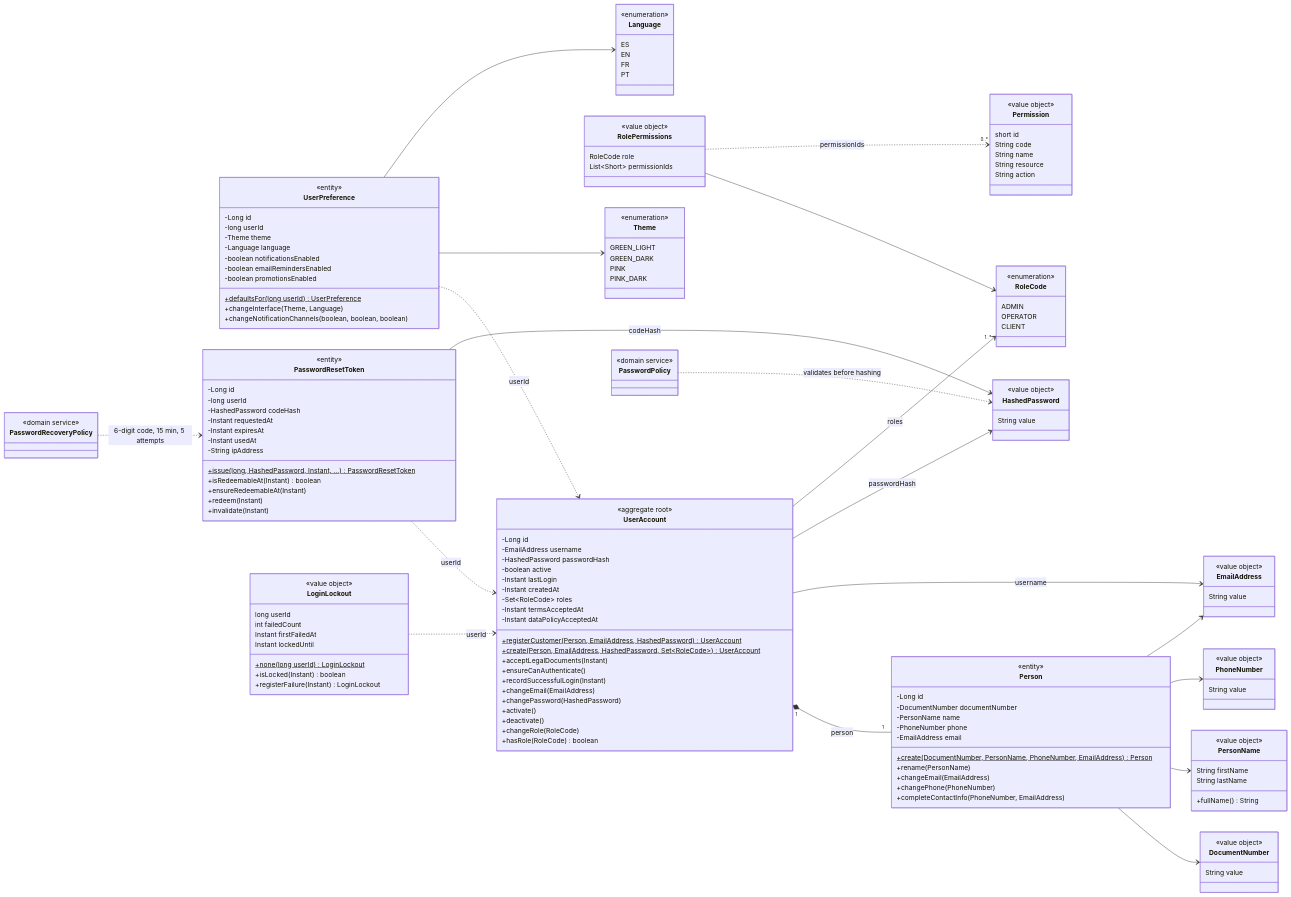
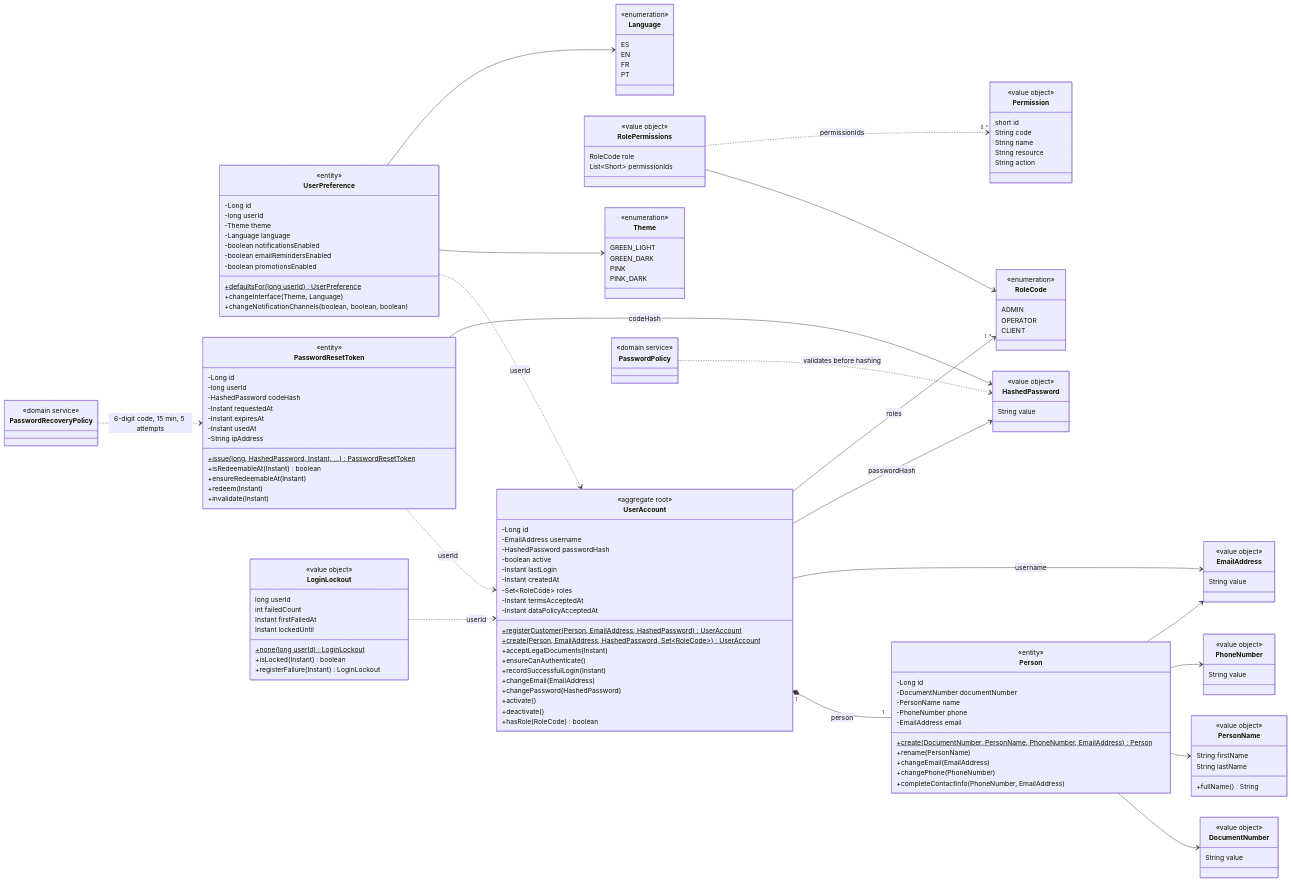
The diagram in 08-uml/diagrams/source/class-security.md (code-sena/vehicle-w-docs), drawn with Mermaid before and after one commit. The commit also changed other lines of this file and 6 other files, not shown here.

```diff
--- a/08-uml/diagrams/source/class-security.md
+++ b/08-uml/diagrams/source/class-security.md
@@ -26,7 +26,6 @@
         +changePassword(HashedPassword)
         +activate()
         +deactivate()
-        +changeRole(RoleCode)
         +hasRole(RoleCode) boolean
     }
     class Person {
```
